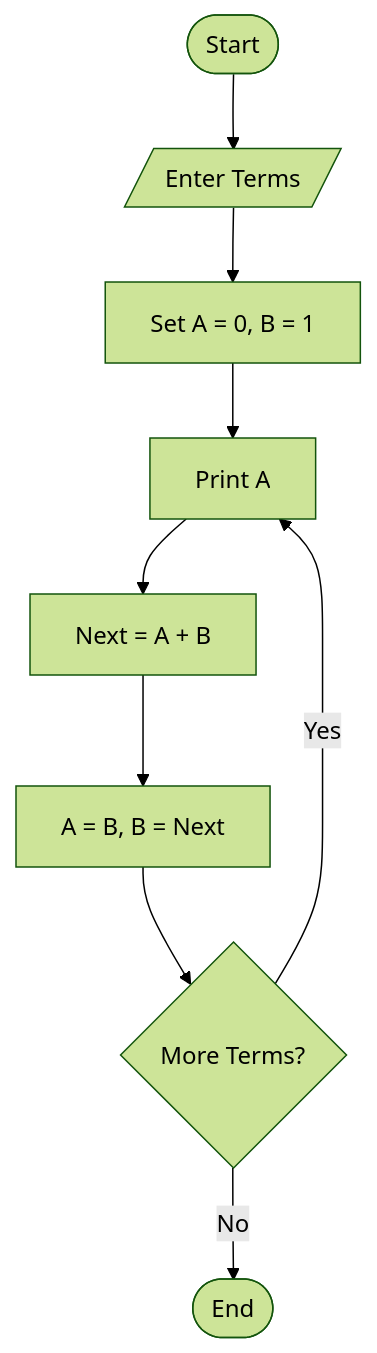
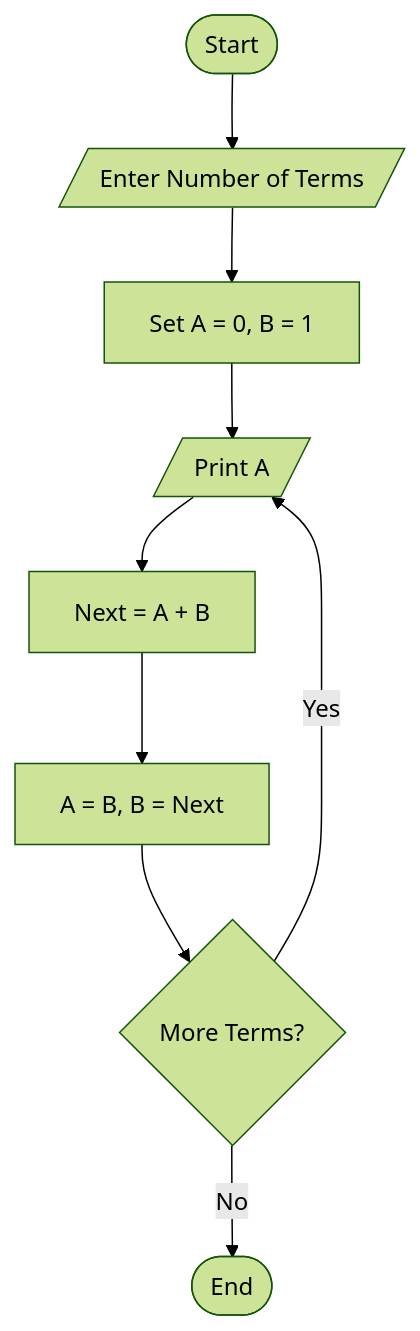
Before and after one commit to cwa-web/BasicPythonPrograms: diagram 14 of 20 in README.md, drawn with Mermaid (forest theme). The commit also changed other lines of this file, not shown here.

First line of the commit message:
Refactor flow diagrams to use Mermaid syntax

````diff
--- a/README.md
+++ b/README.md
@@ -426,11 +442,11 @@
   ```mermaid
   flowchart TD
-      A([Start]) --> B[/Enter Terms/]
-      B --> C[Set A = 0, B = 1]
-      C --> D[Print A]
-      D --> E[Next = A + B]
-      E --> F[A = B, B = Next]
-      F --> G{More Terms?}
+      A([Start]) --> B[/Enter Number of Terms/]
+      B --> C["Set A = 0, B = 1"]
+      C --> D[/Print A/]
+      D --> E["Next = A + B"]
+      E --> F["A = B, B = Next"]
+      F --> G{"More Terms?"}
       G -- Yes --> D
       G -- No --> H([End])
   ```
````
